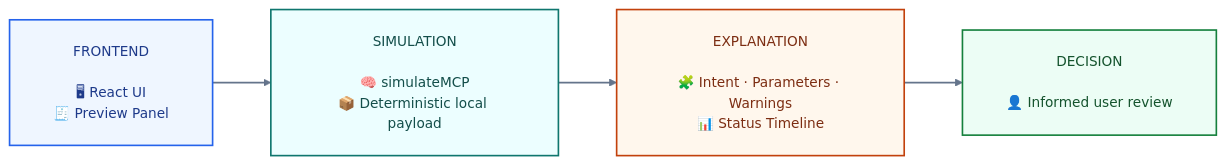
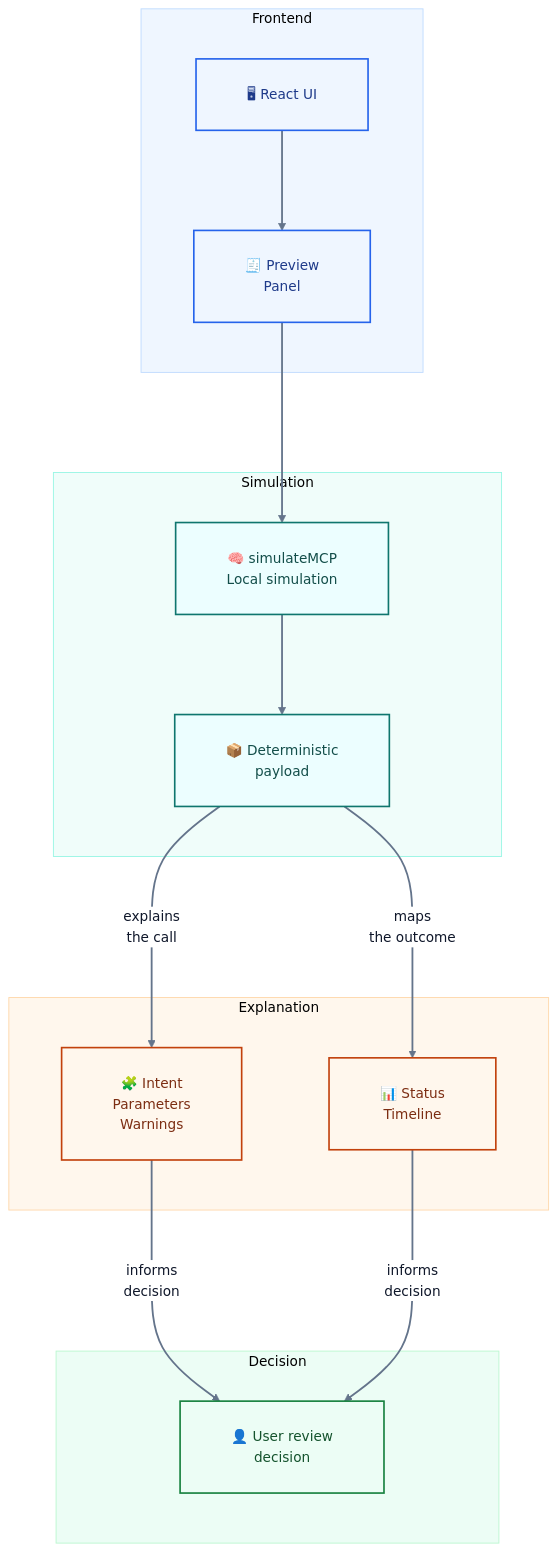
The fourth of 8 diagrams in README.md (sunshineluyao/Moss-Mcp-Transaction), drawn with Mermaid before and after one commit. The commit also changed other lines of this file, not shown here.

First line of the commit message:
Revert "Merge pull request #7 from sunshineluyao/codex/fix-text-visibility-in-mermaid-diagrams"

````diff
--- a/README.md
+++ b/README.md
@@ -334,20 +366,39 @@
 ```mermaid
-%%{init: {'theme':'base','flowchart': {'htmlLabels': true, 'nodeSpacing': 48, 'rankSpacing': 64, 'curve': 'linear', 'padding': 24, 'diagramPadding': 16, 'wrappingWidth': 220},'themeVariables': {'fontFamily':'Inter, Segoe UI, sans-serif','fontSize':'15px','primaryTextColor':'#0f172a','lineColor':'#64748b','clusterBkg':'#f8fafc','clusterBorder':'#cbd5e1','edgeLabelBackground':'#ffffff','primaryBorderColor':'#2563eb','primaryColor':'#eff6ff'}}}%%
-flowchart LR
-  Frontend["FRONTEND<br/><br/>🖥 React UI<br/>🧾 Preview Panel"]
-  Simulation["SIMULATION<br/><br/>🧠 simulateMCP<br/>📦 Deterministic local payload"]
-  Explanation["EXPLANATION<br/><br/>🧩 Intent · Parameters · Warnings<br/>📊 Status Timeline"]
-  Decision["DECISION<br/><br/>👤 Informed user review"]
+%%{init: {'theme':'base','flowchart': {'htmlLabels': true, 'nodeSpacing': 96, 'rankSpacing': 110, 'curve': 'basis', 'padding': 28, 'diagramPadding': 24, 'wrappingWidth': 260},'themeVariables': {'fontFamily':'Inter, Segoe UI, sans-serif','fontSize':'15px','primaryTextColor':'#0f172a','lineColor':'#64748b','clusterBkg':'#f8fafc','clusterBorder':'#cbd5e1','edgeLabelBackground':'#ffffff','primaryBorderColor':'#2563eb','primaryColor':'#eff6ff'}}}%%
+flowchart TB
+  subgraph L1[Frontend]
+    UI["🖥 React UI"] --> Preview["🧾 Preview<br/>Panel"]
+  end
 
-  Frontend --> Simulation --> Explanation --> Decision
+  subgraph L2[Simulation]
+    Engine["🧠 simulateMCP<br/>Local simulation"] --> Data["📦 Deterministic<br/>payload"]
+  end
+
+  subgraph L3[Explanation]
+    Cards["🧩 Intent<br/>Parameters<br/>Warnings"]
+    Timeline["📊 Status<br/>Timeline"]
+  end
+
+  subgraph L4[Decision]
+    User["👤 User review<br/>decision"]
+  end
+
+  Preview --> Engine
+  Data -->|explains<br/>the call| Cards -->|informs<br/>decision| User
+  Data -->|maps<br/>the outcome| Timeline -->|informs<br/>decision| User
 
   classDef frontend fill:#eff6ff,stroke:#2563eb,stroke-width:1.8px,color:#1e3a8a;
   classDef sim fill:#ecfeff,stroke:#0f766e,stroke-width:1.8px,color:#134e4a;
   classDef explain fill:#fff7ed,stroke:#c2410c,stroke-width:1.8px,color:#7c2d12;
   classDef decision fill:#ecfdf5,stroke:#15803d,stroke-width:1.8px,color:#14532d;
-  class Frontend frontend;
-  class Simulation sim;
-  class Explanation explain;
-  class Decision decision;
+
+  class UI,Preview frontend;
+  class Engine,Data sim;
+  class Cards,Timeline explain;
+  class User decision;
+  style L1 fill:#eff6ff,stroke:#bfdbfe,stroke-width:1px
+  style L2 fill:#f0fdfa,stroke:#99f6e4,stroke-width:1px
+  style L3 fill:#fff7ed,stroke:#fed7aa,stroke-width:1px
+  style L4 fill:#ecfdf5,stroke:#bbf7d0,stroke-width:1px
   linkStyle default stroke:#64748b,stroke-width:2px;
 ```
````
